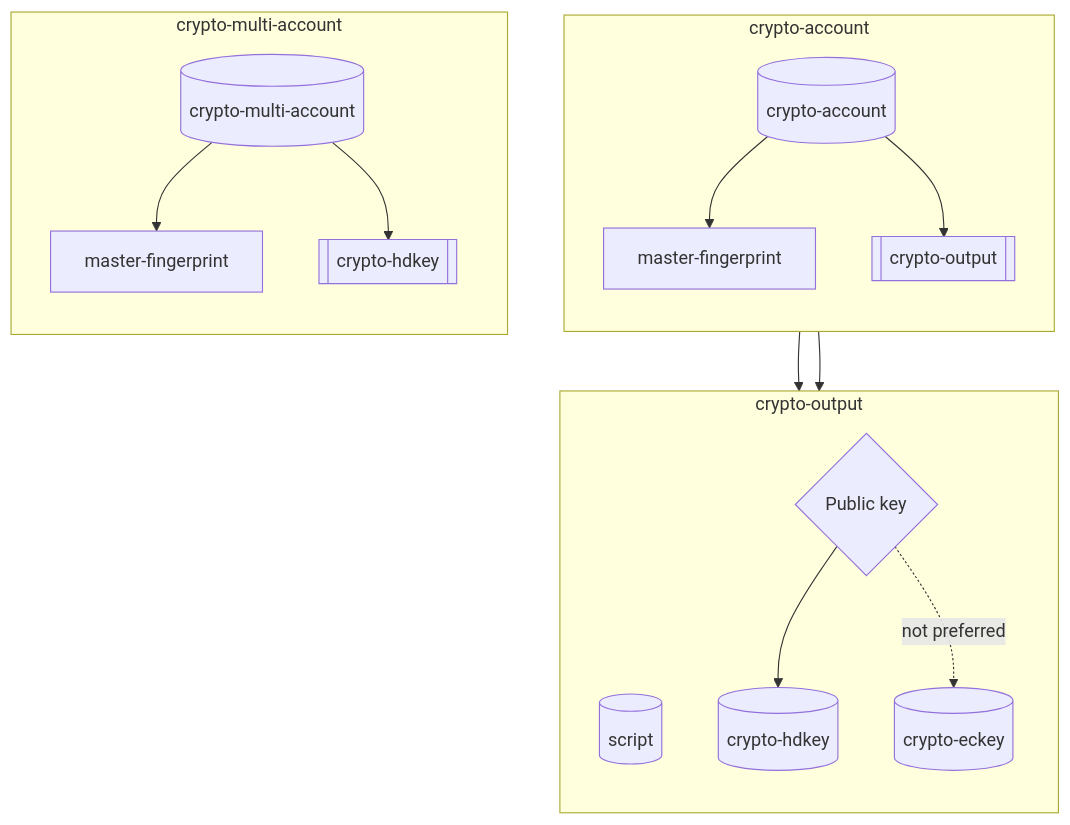
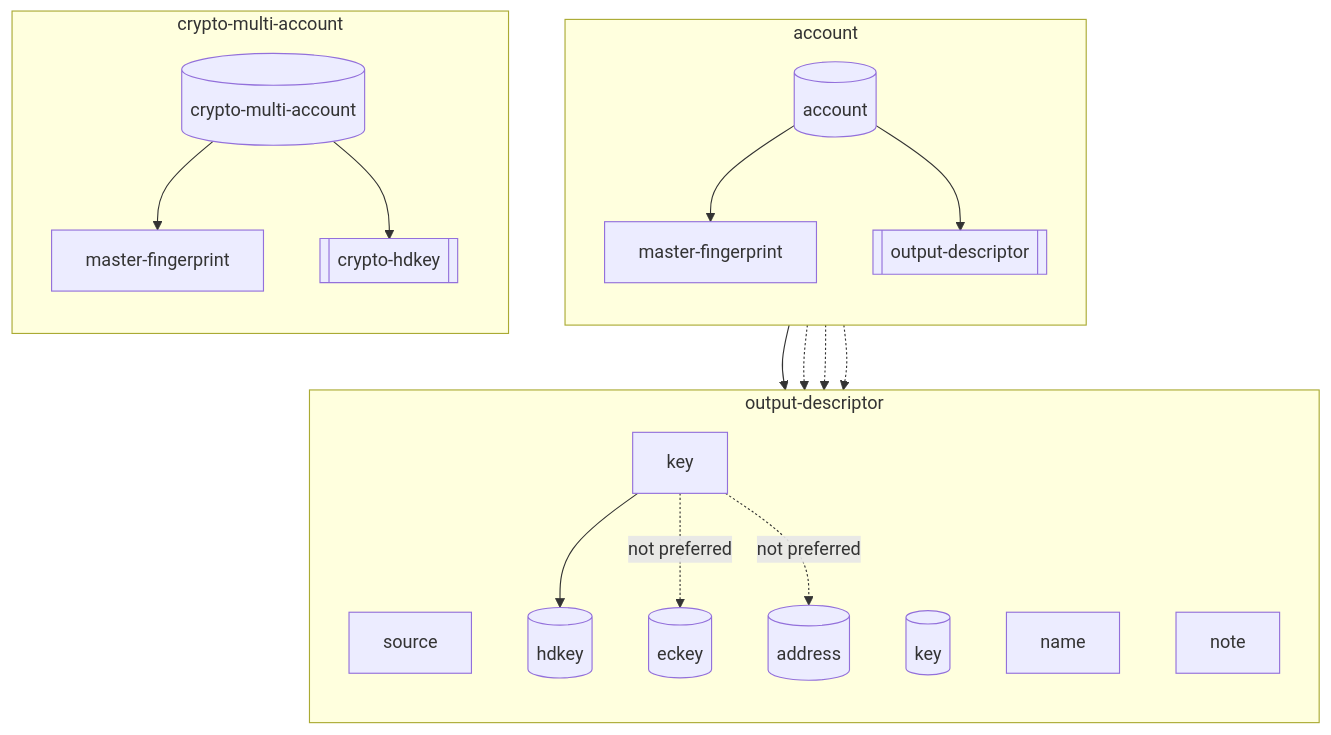
Before and after one commit to ngraveio/Research: the third of 4 diagrams in papers/nbcr-2023-002-multi-layer-sync.md, drawn with Mermaid. The commit also changed other lines of this file, not shown here.

````diff
--- a/papers/nbcr-2023-002-multi-layer-sync.md
+++ b/papers/nbcr-2023-002-multi-layer-sync.md
@@ -311,25 +335,28 @@
 ```mermaid
 flowchart TB  
-	%% crypto-account breakdown
-	subgraph crypto-account
+	%% account breakdown
+	subgraph account
     direction TB
-	Acc[(crypto-account)] --> MF2[master-fingerprint]
-	Acc --> out[[crypto-output]]
+	Acc[(account)] --> MF2[master-fingerprint]
+	Acc --> out[[output-descriptor]]
 	end
 
-	%% crypto-output breakdown
-	subgraph crypto-output
+	%% output-descriptor breakdown
+	subgraph output-descriptor
     direction TB
-	out --> script[(script)]
-    out --> key{Public key}
-    key --> HD2[(crypto-hdkey)]
-    key -.-> |not preferred| ec[(crypto-eckey)]
+    out --> source
+	out -.-> keys[(key)]
+    out -.-> name
+    out -.-> note
+    key --> HD2[(hdkey)]
+    key -.-> |not preferred| ec[(eckey)]
+    key -.-> |not preferred| add[(address)]
 	end
 
 	%% crypto-multi-account breakdown
 	subgraph crypto-multi-account
     direction TB
 	Mult[(crypto-multi-account)] --> MF3[master-fingerprint]
 	Mult --> HD3[[crypto-hdkey]]
 	end
 ```
````
